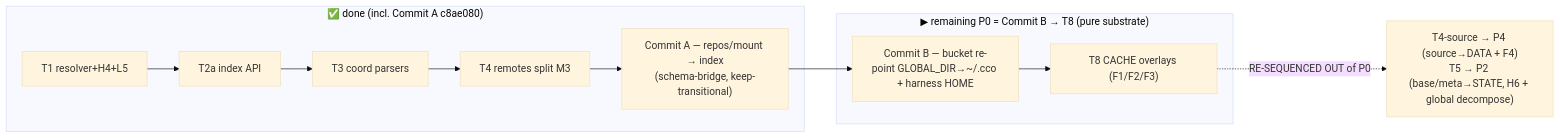
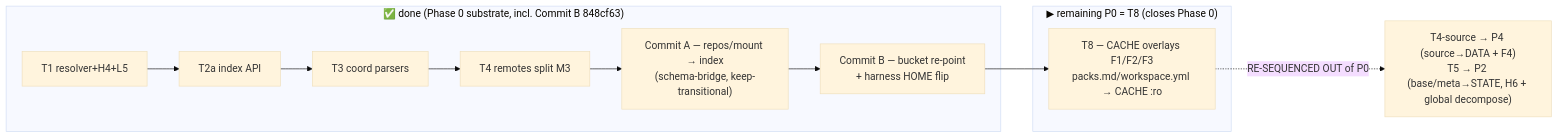
The diagram in docs/maintainer/configuration/decentralized-config/Z-handoff-p0-resume.md (alergyonthestage/claude-orchestrator), drawn with Mermaid (base theme) before and after one commit. The commit also changed other lines of this file and 2 other files, not shown here.

First line of the commit message:
docs(decentralized-config): Commit B status + T8 launch handoff (Z4)

````diff
--- a/docs/maintainer/configuration/decentralized-config/Z-handoff-p0-resume.md
+++ b/docs/maintainer/configuration/decentralized-config/Z-handoff-p0-resume.md
@@ -24,12 +25,11 @@
 ```mermaid
 flowchart LR
-  subgraph done["✅ done (incl. Commit A c8ae080)"]
-    T1["T1 resolver+H4+L5"] --> T2a["T2a index API"] --> T3["T3 coord parsers"] --> T4r["T4 remotes split M3"] --> CA["Commit A — repos/mount → index<br/>(schema-bridge, keep-transitional)"]
+  subgraph done["✅ done (Phase 0 substrate, incl. Commit B 848cf63)"]
+    T1["T1 resolver+H4+L5"] --> T2a["T2a index API"] --> T3["T3 coord parsers"] --> T4r["T4 remotes split M3"] --> CA["Commit A — repos/mount → index<br/>(schema-bridge, keep-transitional)"] --> CB["Commit B — bucket re-point<br/>+ harness HOME flip"]
   end
-  subgraph next["▶ remaining P0 = Commit B → T8 (pure substrate)"]
-    CB["Commit B — bucket re-point GLOBAL_DIR→~/.cco + harness HOME"]
-    CB --> T8["T8 CACHE overlays (F1/F2/F3)"]
+  subgraph next["▶ remaining P0 = T8 (closes Phase 0)"]
+    T8["T8 — CACHE overlays F1/F2/F3<br/>packs.md/workspace.yml → CACHE :ro"]
   end
-  CA --> CB
+  CB --> T8
   T8 -. "RE-SEQUENCED OUT of P0" .-> later["T4-source → P4 (source→DATA + F4)<br/>T5 → P2 (base/meta→STATE, H6 + global decompose)"]
 ```
````
